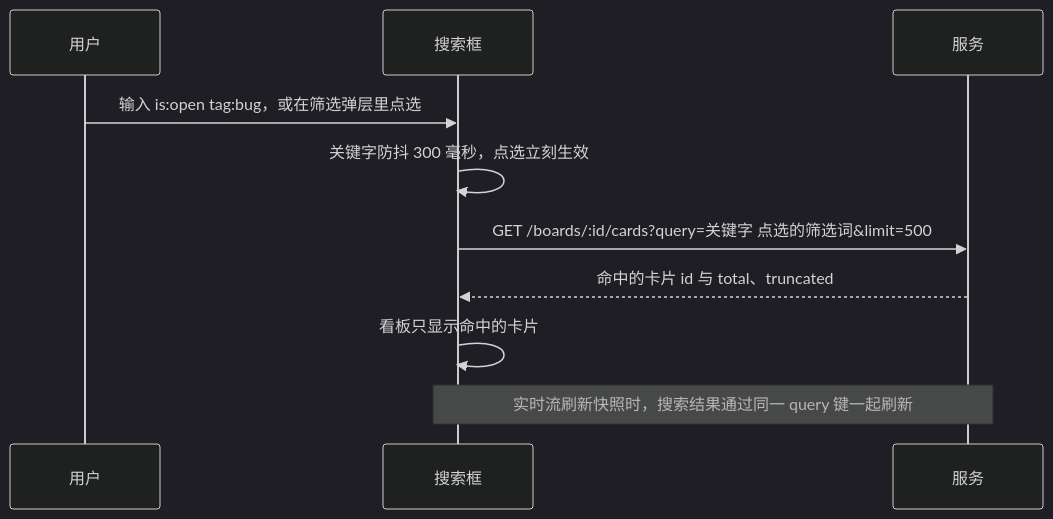
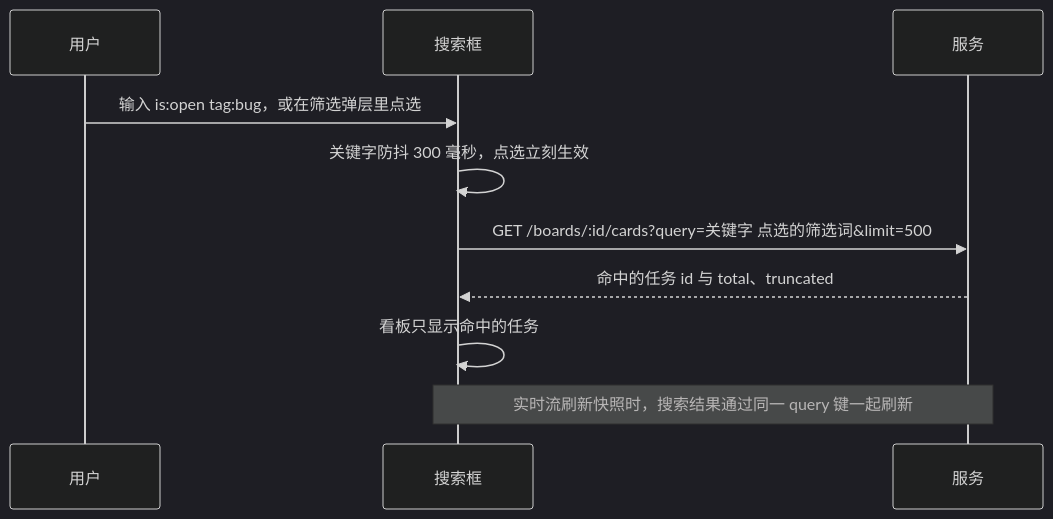
Before and after one commit to ixugo/slate-kanban: the third of 3 diagrams in .cursor/scopes/web.board.md, drawn with Mermaid (dark theme). The commit also changed other lines of this file and 49 other files, not shown here.

````diff
--- a/.cursor/scopes/web.board.md
+++ b/.cursor/scopes/web.board.md
@@ -111,12 +111,12 @@
 ```mermaid
 sequenceDiagram
     participant U as 用户
     participant B as 搜索框
     participant S as 服务
     U->>B: 输入 is:open tag:bug，或在筛选弹层里点选
     B->>B: 关键字防抖 300 毫秒，点选立刻生效
     B->>S: GET /boards/:id/cards?query=关键字 点选的筛选词&limit=500
-    S-->>B: 命中的卡片 id 与 total、truncated
-    B->>B: 看板只显示命中的卡片
+    S-->>B: 命中的任务 id 与 total、truncated
+    B->>B: 看板只显示命中的任务
     Note over B,S: 实时流刷新快照时，搜索结果通过同一 query 键一起刷新
 ```
````
